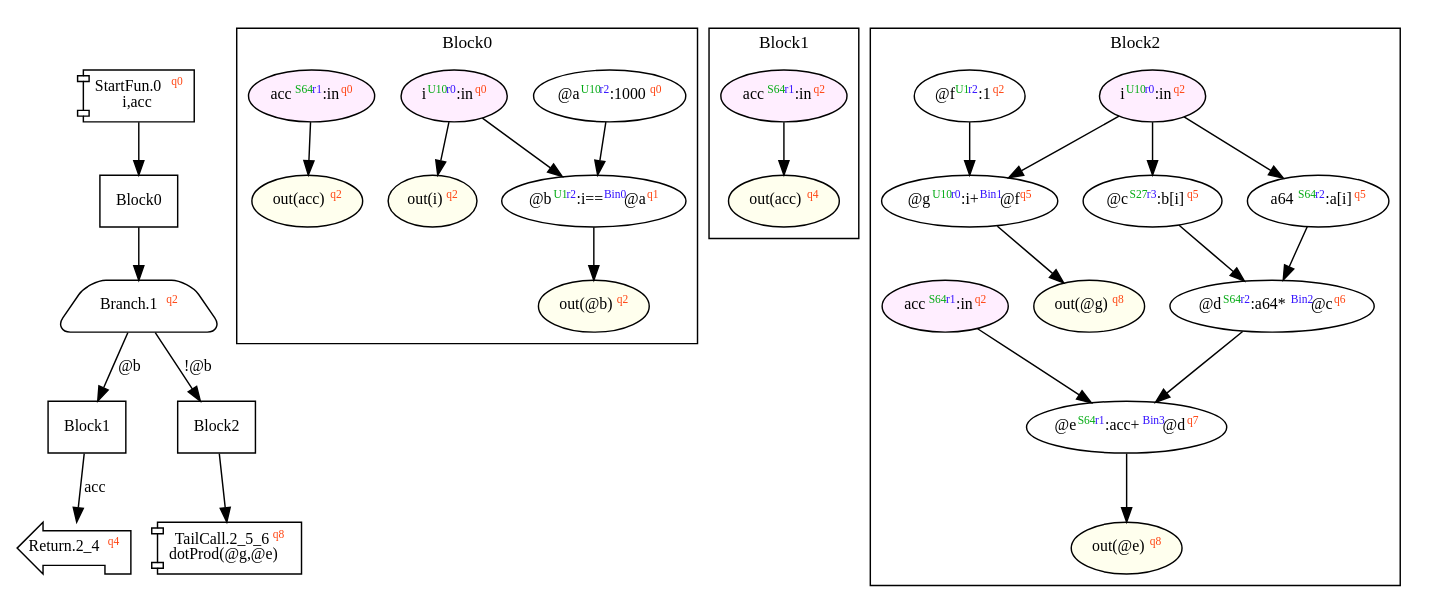
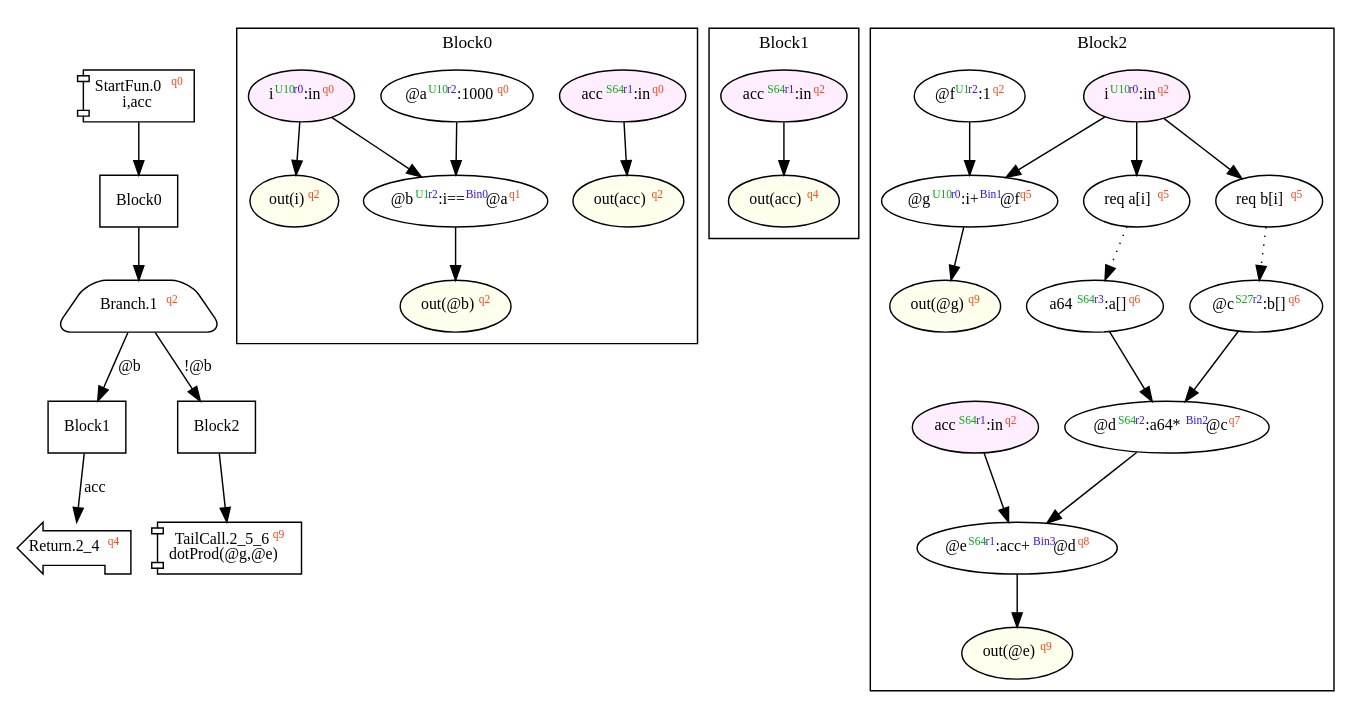
Before and after one commit to akouryy/SyntheScala: the diagram in dist/dotProd.dot, drawn with Graphviz. The commit also changed 25 other files, not shown here.

```diff
--- a/dist/dotProd.dot
+++ b/dist/dotProd.dot
@@ -1,68 +1,72 @@
 digraph Program_ {
   graph [fontname = "Monaco", fontsize = 12, ranksep = 0.5];
   node [shape = box, fontname = "Monaco", fontsize = 11; colorscheme = pastel19];
   edge [fontname = "Monaco", fontsize = 11; colorscheme = pastel19];
   Jump0[label = <StartFun.0<font color="#ff4411" point-size="8"><sup>q0</sup></font><br/>i,acc>; shape = component];
   Jump0 -> Block0;
   Jump1[
     label = <Branch.1<font color="#ff4411" point-size="8"><sup>q2</sup></font>>;
     shape = trapezium; style = rounded;
   ];
   Block0 -> Jump1;
   Jump1 -> Block1 [label="@b"];
   Jump1 -> Block2 [label="!@b"];
   Jump2_4[label = <Return.2_4<font color="#ff4411" point-size="8"><sup>q4</sup></font>>; shape = lpromoter];
   Block1 -> Jump2_4 [label="acc"];
-  Jump2_5_6[label = <TailCall.2_5_6<font color="#ff4411" point-size="8"><sup>q8</sup></font><br/>dotProd(@g,@e)>; shape = component];
+  Jump2_5_6[label = <TailCall.2_5_6<font color="#ff4411" point-size="8"><sup>q9</sup></font><br/>dotProd(@g,@e)>; shape = component];
   Block2 -> Jump2_5_6;
   Block0 [label = "Block0"];
   Block1 [label = "Block1"];
   Block2 [label = "Block2"];
   subgraph cluster_dfg_Block0 {
     node [shape = oval];
     label = "Block0";
     0 [label=<@a<font color="#00aa11" point-size="8"><sup>U10</sup></font><font color="#3311ff" point-size="8"><sup>r2</sup></font>:1000<font color="#ff4411" point-size="8"><sup>q0</sup></font>>; ];
-    20 [label=<out(@b)<font color="#ff4411" point-size="8"><sup>q2</sup></font>>; style="filled"; fillcolor="#ffffee";];
+    20 [label=<out(acc)<font color="#ff4411" point-size="8"><sup>q2</sup></font>>; style="filled"; fillcolor="#ffffee";];
     1 [label=<@b<font color="#00aa11" point-size="8"><sup>U1</sup></font><font color="#3311ff" point-size="8"><sup>r2</sup></font>:i==<font color="#3311ff" point-size="8"><sup>Bin0</sup></font>@a<font color="#ff4411" point-size="8"><sup>q1</sup></font>>; ];
-    17 [label=<i<font color="#00aa11" point-size="8"><sup>U10</sup></font><font color="#3311ff" point-size="8"><sup>r0</sup></font>:in<font color="#ff4411" point-size="8"><sup>q0</sup></font>>; style="filled"; fillcolor="#ffeeff";];
-    18 [label=<out(acc)<font color="#ff4411" point-size="8"><sup>q2</sup></font>>; style="filled"; fillcolor="#ffffee";];
-    16 [label=<acc<font color="#00aa11" point-size="8"><sup>S64</sup></font><font color="#3311ff" point-size="8"><sup>r1</sup></font>:in<font color="#ff4411" point-size="8"><sup>q0</sup></font>>; style="filled"; fillcolor="#ffeeff";];
-    19 [label=<out(i)<font color="#ff4411" point-size="8"><sup>q2</sup></font>>; style="filled"; fillcolor="#ffffee";];
+    21 [label=<out(i)<font color="#ff4411" point-size="8"><sup>q2</sup></font>>; style="filled"; fillcolor="#ffffee";];
+    22 [label=<out(@b)<font color="#ff4411" point-size="8"><sup>q2</sup></font>>; style="filled"; fillcolor="#ffffee";];
+    18 [label=<acc<font color="#00aa11" point-size="8"><sup>S64</sup></font><font color="#3311ff" point-size="8"><sup>r1</sup></font>:in<font color="#ff4411" point-size="8"><sup>q0</sup></font>>; style="filled"; fillcolor="#ffeeff";];
+    19 [label=<i<font color="#00aa11" point-size="8"><sup>U10</sup></font><font color="#3311ff" point-size="8"><sup>r0</sup></font>:in<font color="#ff4411" point-size="8"><sup>q0</sup></font>>; style="filled"; fillcolor="#ffeeff";];
     0 -> 1;
-    1 -> 20;
-    16 -> 18;
-    17 -> 1;
-    17 -> 19;
+    1 -> 22;
+    18 -> 20;
+    19 -> 1;
+    19 -> 21;
   }
   subgraph cluster_dfg_Block1 {
     node [shape = oval];
     label = "Block1";
-    11 [label=<acc<font color="#00aa11" point-size="8"><sup>S64</sup></font><font color="#3311ff" point-size="8"><sup>r1</sup></font>:in<font color="#ff4411" point-size="8"><sup>q2</sup></font>>; style="filled"; fillcolor="#ffeeff";];
-    12 [label=<out(acc)<font color="#ff4411" point-size="8"><sup>q4</sup></font>>; style="filled"; fillcolor="#ffffee";];
-    11 -> 12;
+    13 [label=<acc<font color="#00aa11" point-size="8"><sup>S64</sup></font><font color="#3311ff" point-size="8"><sup>r1</sup></font>:in<font color="#ff4411" point-size="8"><sup>q2</sup></font>>; style="filled"; fillcolor="#ffeeff";];
+    14 [label=<out(acc)<font color="#ff4411" point-size="8"><sup>q4</sup></font>>; style="filled"; fillcolor="#ffffee";];
+    13 -> 14;
   }
   subgraph cluster_dfg_Block2 {
     node [shape = oval];
     label = "Block2";
-    5 [label=<@e<font color="#00aa11" point-size="8"><sup>S64</sup></font><font color="#3311ff" point-size="8"><sup>r1</sup></font>:acc+<font color="#3311ff" point-size="8"><sup>Bin3</sup></font>@d<font color="#ff4411" point-size="8"><sup>q7</sup></font>>; ];
-    14 [label=<i<font color="#00aa11" point-size="8"><sup>U10</sup></font><font color="#3311ff" point-size="8"><sup>r0</sup></font>:in<font color="#ff4411" point-size="8"><sup>q2</sup></font>>; style="filled"; fillcolor="#ffeeff";];
-    6 [label=<@f<font color="#00aa11" point-size="8"><sup>U1</sup></font><font color="#3311ff" point-size="8"><sup>r2</sup></font>:1<font color="#ff4411" point-size="8"><sup>q2</sup></font>>; ];
-    21 [label=<out(@g)<font color="#ff4411" point-size="8"><sup>q8</sup></font>>; style="filled"; fillcolor="#ffffee";];
-    13 [label=<acc<font color="#00aa11" point-size="8"><sup>S64</sup></font><font color="#3311ff" point-size="8"><sup>r1</sup></font>:in<font color="#ff4411" point-size="8"><sup>q2</sup></font>>; style="filled"; fillcolor="#ffeeff";];
-    2 [label=<a64<font color="#00aa11" point-size="8"><sup>S64</sup></font><font color="#3311ff" point-size="8"><sup>r2</sup></font>:a[i]<font color="#ff4411" point-size="8"><sup>q5</sup></font>>; ];
-    22 [label=<out(@e)<font color="#ff4411" point-size="8"><sup>q8</sup></font>>; style="filled"; fillcolor="#ffffee";];
-    7 [label=<@g<font color="#00aa11" point-size="8"><sup>U10</sup></font><font color="#3311ff" point-size="8"><sup>r0</sup></font>:i+<font color="#3311ff" point-size="8"><sup>Bin1</sup></font>@f<font color="#ff4411" point-size="8"><sup>q5</sup></font>>; ];
-    3 [label=<@c<font color="#00aa11" point-size="8"><sup>S27</sup></font><font color="#3311ff" point-size="8"><sup>r3</sup></font>:b[i]<font color="#ff4411" point-size="8"><sup>q5</sup></font>>; ];
-    4 [label=<@d<font color="#00aa11" point-size="8"><sup>S64</sup></font><font color="#3311ff" point-size="8"><sup>r2</sup></font>:a64*<font color="#3311ff" point-size="8"><sup>Bin2</sup></font>@c<font color="#ff4411" point-size="8"><sup>q6</sup></font>>; ];
-    2 -> 4;
-    3 -> 4;
-    4 -> 5;
-    5 -> 22;
+    5 [label=<@c<font color="#00aa11" point-size="8"><sup>S27</sup></font><font color="#3311ff" point-size="8"><sup>r2</sup></font>:b[]<font color="#ff4411" point-size="8"><sup>q6</sup></font>>; ];
+    24 [label=<out(@e)<font color="#ff4411" point-size="8"><sup>q9</sup></font>>; style="filled"; fillcolor="#ffffee";];
+    6 [label=<@d<font color="#00aa11" point-size="8"><sup>S64</sup></font><font color="#3311ff" point-size="8"><sup>r2</sup></font>:a64*<font color="#3311ff" point-size="8"><sup>Bin2</sup></font>@c<font color="#ff4411" point-size="8"><sup>q7</sup></font>>; ];
+    9 [label=<@g<font color="#00aa11" point-size="8"><sup>U10</sup></font><font color="#3311ff" point-size="8"><sup>r0</sup></font>:i+<font color="#3311ff" point-size="8"><sup>Bin1</sup></font>@f<font color="#ff4411" point-size="8"><sup>q5</sup></font>>; ];
+    2 [label=<req a[i]<font color="#ff4411" point-size="8"><sup>q5</sup></font>>; ];
+    7 [label=<@e<font color="#00aa11" point-size="8"><sup>S64</sup></font><font color="#3311ff" point-size="8"><sup>r1</sup></font>:acc+<font color="#3311ff" point-size="8"><sup>Bin3</sup></font>@d<font color="#ff4411" point-size="8"><sup>q8</sup></font>>; ];
+    3 [label=<a64<font color="#00aa11" point-size="8"><sup>S64</sup></font><font color="#3311ff" point-size="8"><sup>r3</sup></font>:a[]<font color="#ff4411" point-size="8"><sup>q6</sup></font>>; ];
+    16 [label=<i<font color="#00aa11" point-size="8"><sup>U10</sup></font><font color="#3311ff" point-size="8"><sup>r0</sup></font>:in<font color="#ff4411" point-size="8"><sup>q2</sup></font>>; style="filled"; fillcolor="#ffeeff";];
+    23 [label=<out(@g)<font color="#ff4411" point-size="8"><sup>q9</sup></font>>; style="filled"; fillcolor="#ffffee";];
+    8 [label=<@f<font color="#00aa11" point-size="8"><sup>U1</sup></font><font color="#3311ff" point-size="8"><sup>r2</sup></font>:1<font color="#ff4411" point-size="8"><sup>q2</sup></font>>; ];
+    4 [label=<req b[i]<font color="#ff4411" point-size="8"><sup>q5</sup></font>>; ];
+    15 [label=<acc<font color="#00aa11" point-size="8"><sup>S64</sup></font><font color="#3311ff" point-size="8"><sup>r1</sup></font>:in<font color="#ff4411" point-size="8"><sup>q2</sup></font>>; style="filled"; fillcolor="#ffeeff";];
+    3 -> 6;
+    5 -> 6;
     6 -> 7;
-    7 -> 21;
-    13 -> 5;
-    14 -> 2;
-    14 -> 3;
-    14 -> 7;
+    7 -> 24;
+    8 -> 9;
+    9 -> 23;
+    15 -> 7;
+    16 -> 2;
+    16 -> 4;
+    16 -> 9;
+    2 -> 3 [style = dotted];
+    4 -> 5 [style = dotted];
   }
 }
```
